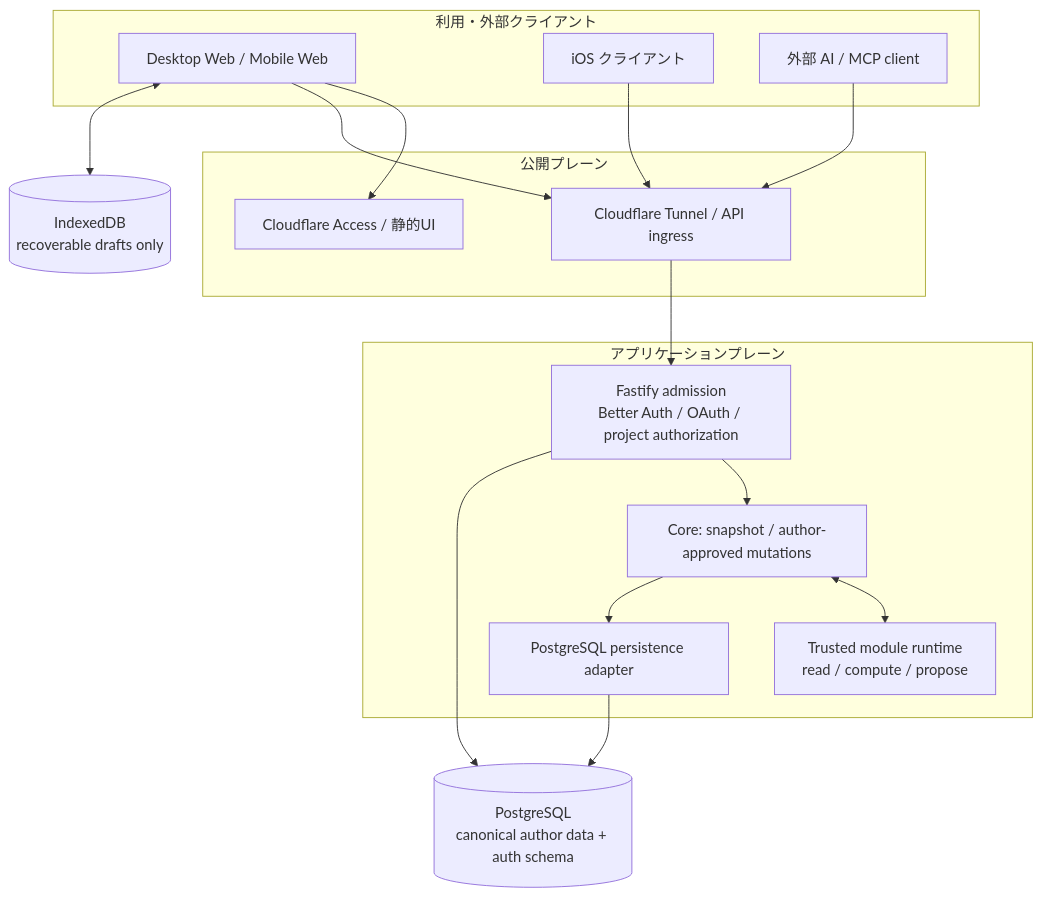
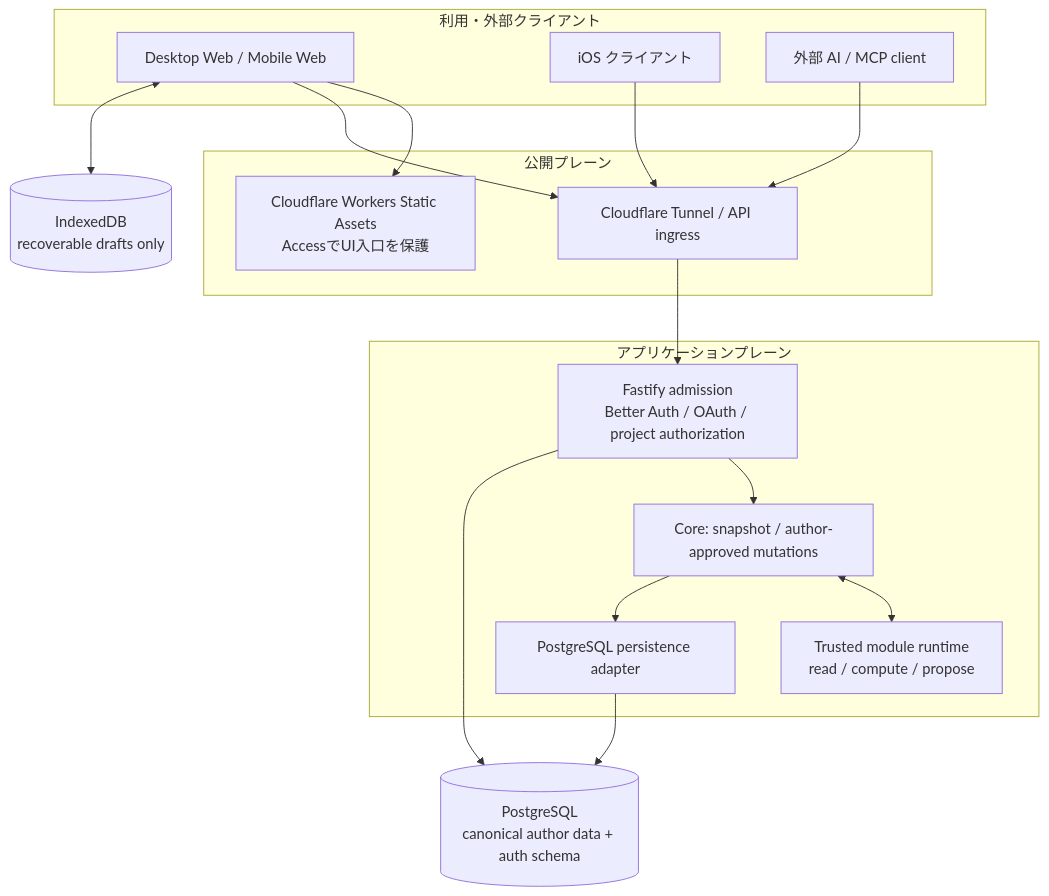
One commit to yohn-jp/codexia changed the first of 2 diagrams in docs/architecture/SYSTEM-DESIGN.md. Above: the diagram before and after it, drawn with Mermaid. The commit also changed other lines of this file, not shown here.

Commit message:
docs: align Workers console and setup-only mode with system architecture

````diff
--- a/docs/architecture/SYSTEM-DESIGN.md
+++ b/docs/architecture/SYSTEM-DESIGN.md
@@ -24,31 +24,31 @@
 ```mermaid
 flowchart TB
     subgraph Clients["利用・外部クライアント"]
         D["Desktop Web / Mobile Web"]
         I["iOS クライアント"]
         M["外部 AI / MCP client"]
     end
     subgraph Edge["公開プレーン"]
-        A["Cloudflare Access / 静的UI"]
+        A["Cloudflare Workers Static Assets<br/>AccessでUI入口を保護"]
         T["Cloudflare Tunnel / API ingress"]
     end
     subgraph App["アプリケーションプレーン"]
         H["Fastify admission<br/>Better Auth / OAuth / project authorization"]
         C["Core: snapshot / author-approved mutations"]
         R["Trusted module runtime<br/>read / compute / propose"]
         P["PostgreSQL persistence adapter"]
     end
     DB[("PostgreSQL<br/>canonical author data + auth schema")]
     J[("IndexedDB<br/>recoverable drafts only")]
     D --> A
     D --> T
     I --> T
     M --> T
     D <--> J
     T --> H
     H --> C
     C <--> R
     C --> P
     P --> DB
     H --> DB
 ```
````
